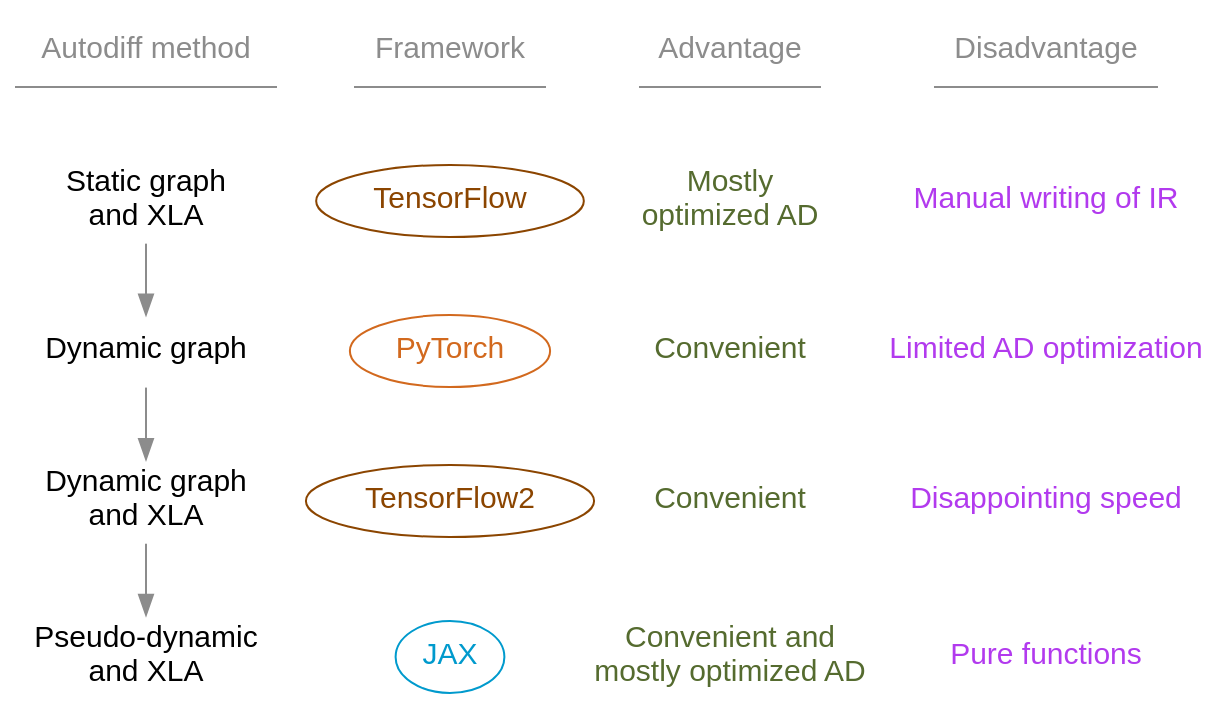
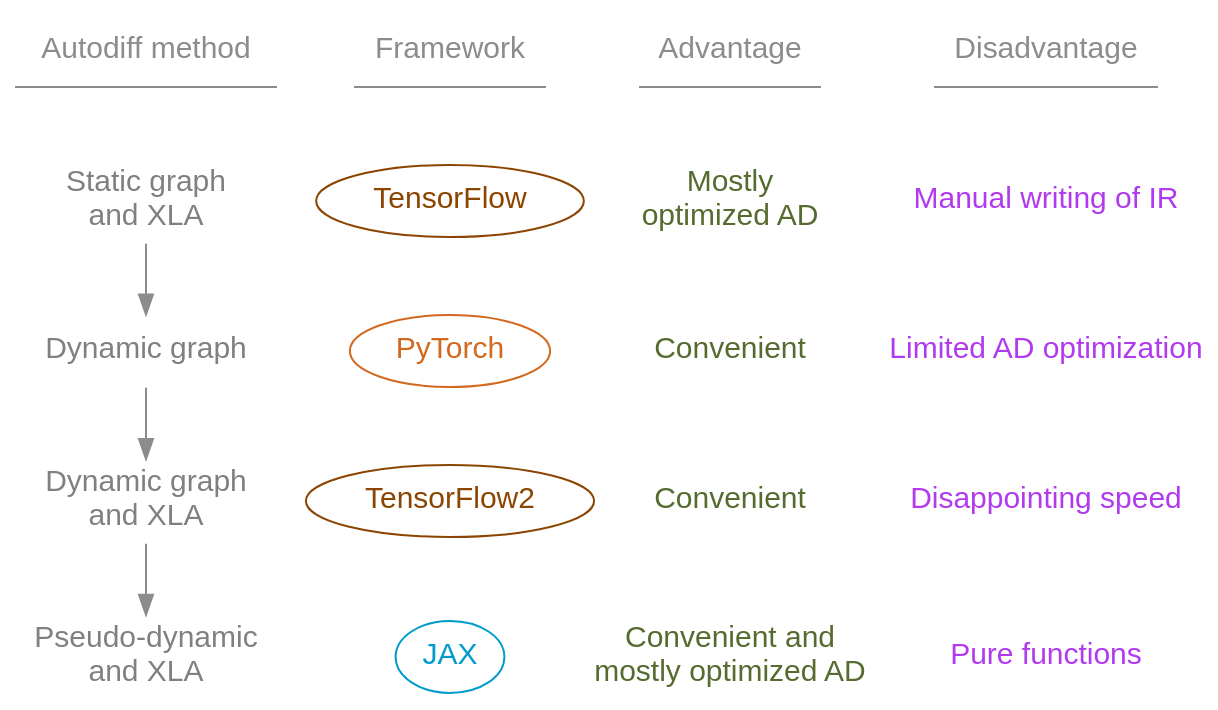
One commit to WestDRI/arc-training changed the diagram in ai/jx/jx_why.qmd. Above: the diagram before and after it, drawn with Graphviz. The commit also changed 20 other files, not shown here.

Commit message:
fix remaining graphviz graphs for dark mode

````diff
--- a/ai/jx/jx_why.qmd
+++ b/ai/jx/jx_why.qmd
@@ -74,54 +74,54 @@
 ```{dot}
 //| echo: false
 //| fig-height: 450px
 
 strict digraph {
   
 bgcolor="transparent"
 graph [fontname="Inconsolata, sans-serif"]
-node [fontname="Inconsolata, sans-serif", fontsize=15]
+node [fontname="Inconsolata, sans-serif", fontsize=15, fontcolor=gray]
 
 01 [label="Autodiff method", shape=underline, group=g1, group=g1, fontcolor=gray55, color=gray55]
 1 [label="Static graph\nand XLA", shape=plaintext, group=g1, group=g1]
 2 [label="Dynamic graph", shape=plaintext, group=g1]
 4 [label="Dynamic graph\nand XLA", shape=plaintext, group=g1]
 5 [label="Pseudo-dynamic\nand XLA", shape=plaintext, group=g1]
 
 02 [label="Framework", shape=plaintext, group=g2, shape=underline, fontcolor=gray55, color=gray55]
 a [label="TensorFlow", shape=plaintext, group=g2, shape=oval, color=darkorange4, fontcolor=darkorange4]
 b [label="PyTorch", shape=plaintext, group=g2, shape=oval, color=chocolate, fontcolor=chocolate]
 d [label="TensorFlow2", shape=plaintext, group=g2, shape=oval, color=darkorange4, fontcolor=darkorange4]
 e [label="JAX", shape=plaintext, group=g2, shape=oval, color=deepskyblue3, fontcolor=deepskyblue3]
 
 03 [label=Advantage, shape=underline, group=g3, fontcolor=gray55, color=gray55]
 7 [label="Mostly\noptimized AD", shape=plaintext, fontcolor=darkolivegreen, group=g3]
 8 [label="Convenient", shape=plaintext, fontcolor=darkolivegreen, group=g3]
 9 [label="Convenient", shape=plaintext, fontcolor=darkolivegreen, group=g3]
 10 [label="Convenient and\nmostly optimized AD", shape=plaintext, fontcolor=darkolivegreen, group=g3]
 
 04 [label=Disadvantage, shape=underline, group=g4, fontcolor=gray55, color=gray55]
 A [label="Manual writing of IR", shape=plaintext, fontcolor=darkorchid2, group=g4]
 B [label="Limited AD optimization", shape=plaintext, fontcolor=darkorchid2, group=g4]
 D [label="Disappointing speed", shape=plaintext, fontcolor=darkorchid2, group=g4]
 E [label="Pure functions", shape=plaintext, fontcolor=darkorchid2, group=g4]
 
 {rank=same; 01 02 03 04}
 {rank=same; 1 a 7 A}
 {rank=same; 2 b 8 B}
 {rank=same; 4 d 9 D}
 {rank=same; 5 e 10 E}
 
 01 -> 02 -> 03 -> 04 [style=invis]
 1 -> a -> 7 -> A [style=invis]
 2 -> b -> 8 -> B [style=invis]
 4 -> d -> 9 -> D [style=invis]
 5 -> e -> 10 -> E [style=invis]
 
 01 -> 1 [style=invis]
 1 -> 2 -> 4 -> 5 [color=gray55]
 02 -> a -> b -> d -> e [style=invis]
 03 -> 7 -> 8 -> 9 -> 10 [style=invis]
 04 -> A -> B -> D -> E [style=invis]
 
 }
 ```
````
